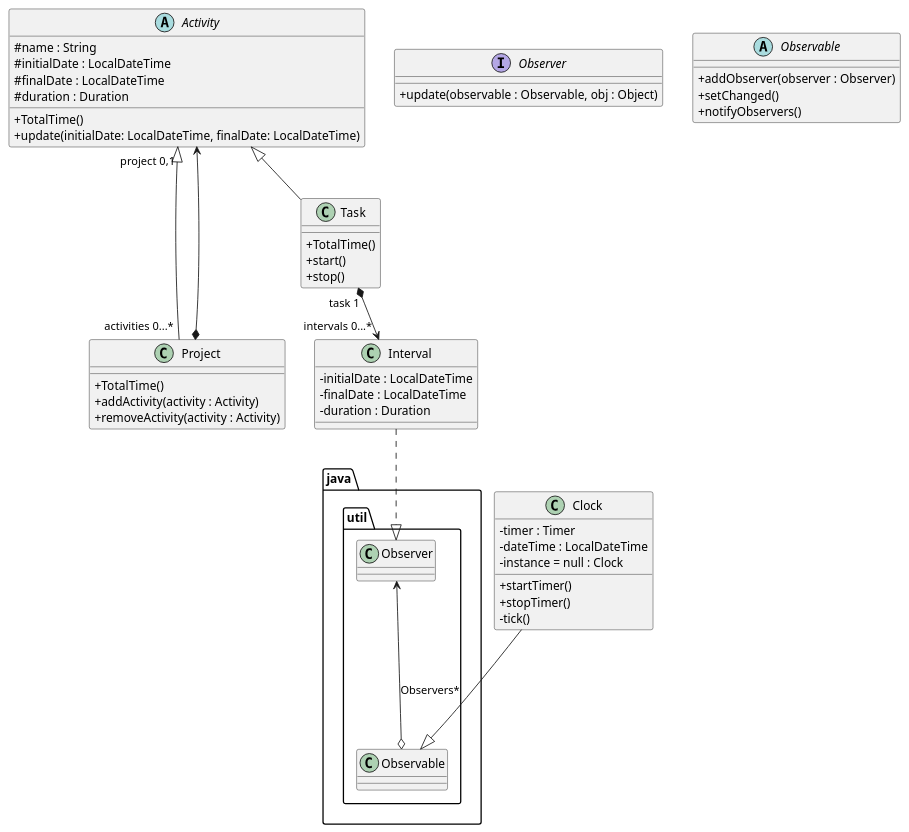
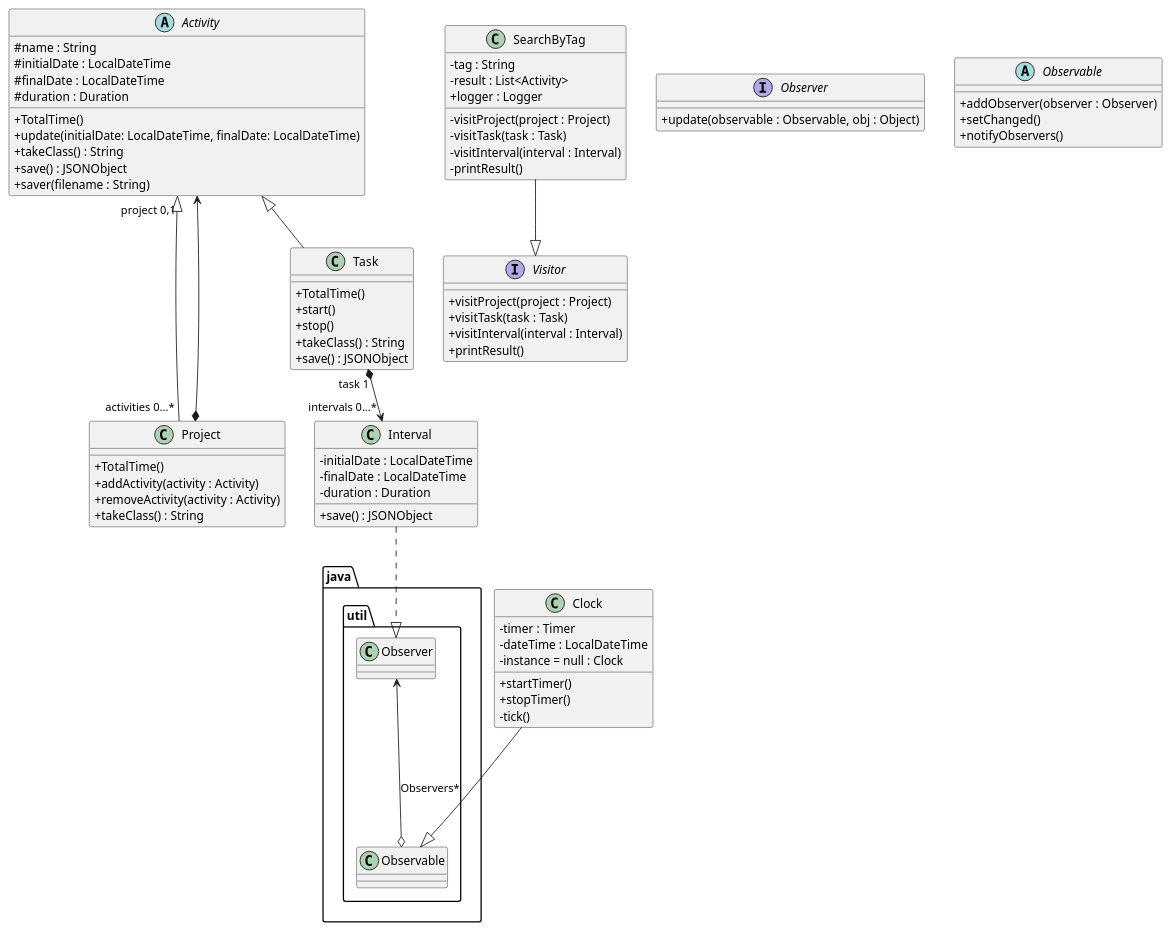
The diagram in TimeTracker/out/production/TimeTracker/TimeTracker.puml (Jhonatanqt11/DS_proyecto), drawn with PlantUML before and after one commit. The commit also changed 27 other files, not shown here.

```diff
--- a/TimeTracker/out/production/TimeTracker/TimeTracker.puml
+++ b/TimeTracker/out/production/TimeTracker/TimeTracker.puml
@@ -1,62 +1,93 @@
 @startuml
 'https://plantuml.com/class-diagram
 
 skinparam classAttributeIconSize 0
 
 Project"activities 0...*"-up-|>"project 0,1"Activity
 Task -up-|>Activity
 Project*--->Activity
 Task"task 1"*-->"intervals 0...*"Interval
+SearchByTag --|> Visitor
 
 package java.util{
 Observable o--up->Observer : Observers*
 }
 Clock---|>Observable
 Interval..|>Observer
 
 Interface Observer{
     +update(observable : Observable, obj : Object)
 }
 Abstract Observable{
     +addObserver(observer : Observer)
     +setChanged()
     +notifyObservers()
 
 }
+
+Interface Visitor{
+    +visitProject(project : Project)
+    +visitTask(task : Task)
+    +visitInterval(interval : Interval)
+    +printResult()
+
+}
+
 class Project {
     +TotalTime()
     +addActivity(activity : Activity)
     +removeActivity(activity : Activity)
+    +takeClass() : String
 }
 class Task{
     +TotalTime()
     +start()
     +stop()
+    +takeClass() : String
+    +save() : JSONObject
+
 }
 
 abstract Activity{
     #name : String
     #initialDate : LocalDateTime
     #finalDate : LocalDateTime
     #duration : Duration
 
     +TotalTime()
     +update(initialDate: LocalDateTime, finalDate: LocalDateTime)
+    +takeClass() : String
+    +save() : JSONObject
+    +saver(filename : String)
+
+
 }
 class Interval{
     -initialDate : LocalDateTime
     -finalDate : LocalDateTime
     -duration : Duration
+
+    +save() : JSONObject
 
 }
 class Clock{
     -timer : Timer
     -dateTime : LocalDateTime
     -instance = null : Clock
     +startTimer()
     +stopTimer()
     -tick()
 }
 
+class SearchByTag{
+    -tag : String
+    -result : List<Activity>
+    +logger : Logger
+
+    -visitProject(project : Project)
+    -visitTask(task : Task)
+    -visitInterval(interval : Interval)
+    -printResult()
+}
 
 @enduml
```
